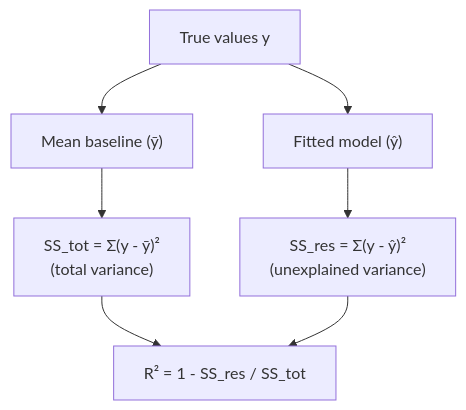
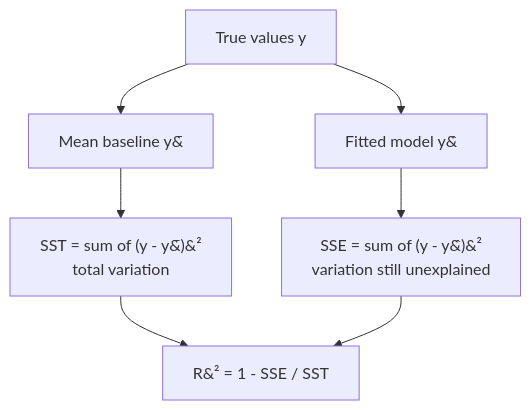
The diagram in src/content/docs/Machine Learning/Phase 03 - Supervised Learning - Regression/Metrics R-Squared and Adjusted R-Squared.mdx (Ravikisha/PythonCentralHub), drawn with Mermaid before and after one commit. The commit also changed other lines of this file and 1327 other files, not shown here.

````diff
--- a/src/content/docs/Machine Learning/Phase 03 - Supervised Learning - Regression/Metrics R-Squared and Adjusted R-Squared.mdx
+++ b/src/content/docs/Machine Learning/Phase 03 - Supervised Learning - Regression/Metrics R-Squared and Adjusted R-Squared.mdx
@@ -33,9 +32,9 @@
-```mermaid title="How R² is built from two sums of squares" desc="R² compares your model's leftover error against the error of a mean-only baseline."
+```mermaid
 flowchart TD
-  Y["True values y"] --> M["Mean baseline (ȳ)"]
-  Y --> F["Fitted model (ŷ)"]
-  M --> SST["SS_tot = Σ(y - ȳ)²<br/>(total variance)"]
-  F --> SSR["SS_res = Σ(y - ŷ)²<br/>(unexplained variance)"]
-  SST --> R2["R² = 1 - SS_res / SS_tot"]
-  SSR --> R2
+  Y["True values y"] --> M["Mean baseline y&#772;"]
+  Y --> F["Fitted model y&#770;"]
+  M --> SST["SST = sum of (y - y&#772;)&#178;<br/>total variation"]
+  F --> SSE["SSE = sum of (y - y&#770;)&#178;<br/>variation still unexplained"]
+  SST --> R2["R&#178; = 1 - SSE / SST"]
+  SSE --> R2
 ```
````
